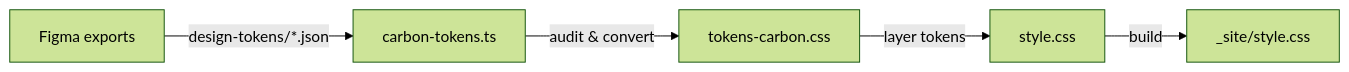
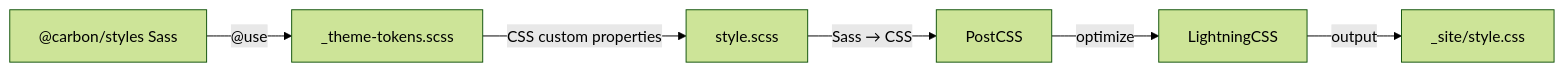
One commit to frenchvandal/normco.re changed the first of 3 diagrams in ARCHITECTURE.md. Above: the diagram before and after it, drawn with Mermaid (forest theme). The commit also changed other lines of this file and 39 other files, not shown here.

````diff
--- a/ARCHITECTURE.md
+++ b/ARCHITECTURE.md
@@ -108,7 +115,8 @@
 ```mermaid
 flowchart LR
-    A["Figma exports"] -->|"design-tokens/*.json"| B["carbon-tokens.ts"]
-    B -->|"audit & convert"| C["tokens-carbon.css"]
-    C -->|"layer tokens"| D["style.css"]
-    D -->|"build"| E["_site/style.css"]
+    A["@carbon/styles Sass"] -->|"@use"| B["_theme-tokens.scss"]
+    B -->|"CSS custom properties"| C["style.scss"]
+    C -->|"Sass → CSS"| D["PostCSS"]
+    D -->|"optimize"| E["LightningCSS"]
+    E -->|"output"| F["_site/style.css"]
 ```
````
